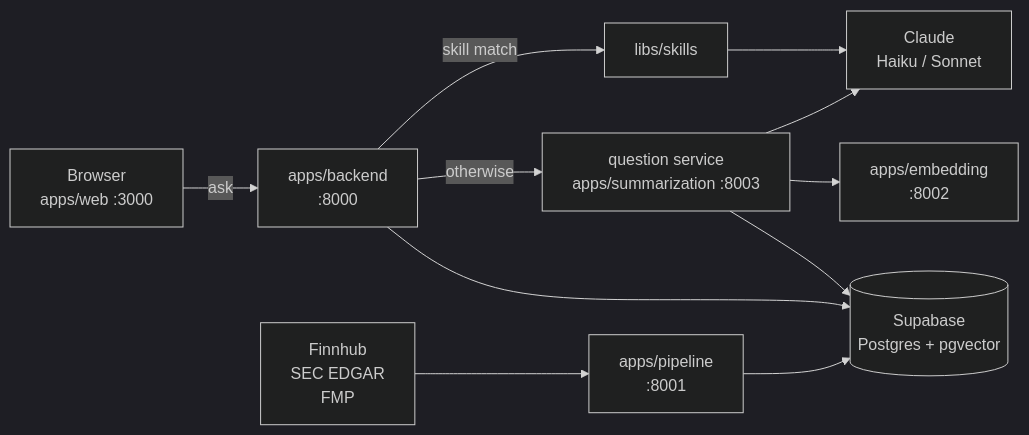
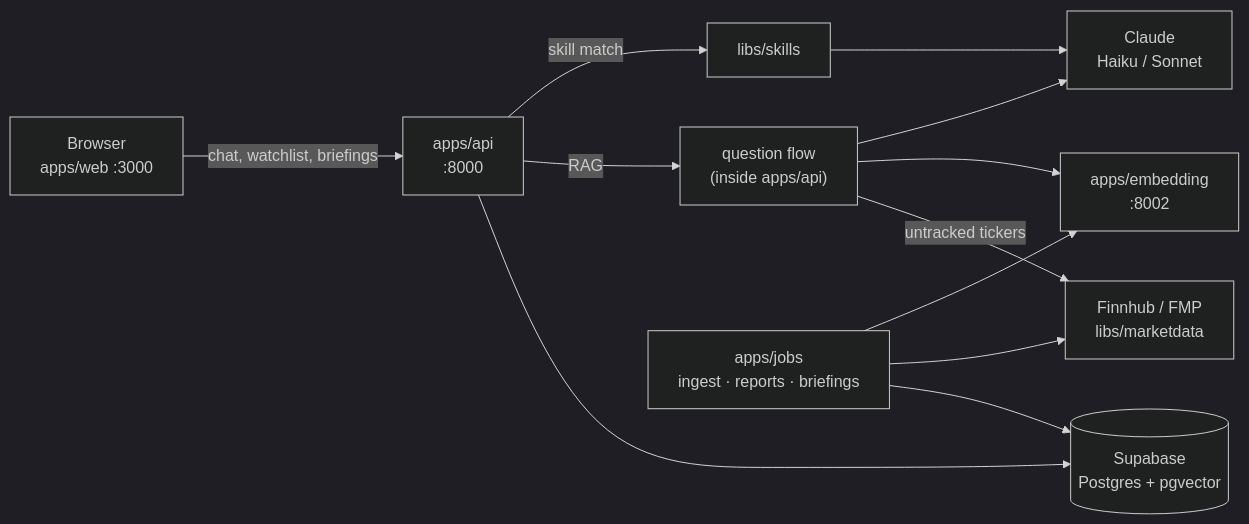
Before and after one commit to ZeroNoise2026/ZeroNoise: the diagram in README.md, drawn with Mermaid (dark theme). The commit also changed other lines of this file and 57 other files, not shown here.

First line of the commit message:
Collect every batch job into apps/jobs

````diff
--- a/README.md
+++ b/README.md
@@ -25,12 +25,14 @@
 ```mermaid
 flowchart LR
-  U["Browser<br/>apps/web :3000"] -->|"ask"| B["apps/backend<br/>:8000"]
-  B -->|"skill match"| S["libs/skills"]
-  B -->|"otherwise"| Q["question service<br/>apps/summarization :8003"]
+  U["Browser<br/>apps/web :3000"] -->|"chat, watchlist, briefings"| A["apps/api<br/>:8000"]
+  A -->|"skill match"| S["libs/skills"]
+  A -->|"RAG"| Q["question flow<br/>(inside apps/api)"]
   S --> L["Claude<br/>Haiku / Sonnet"]
   Q --> L
   Q --> E["apps/embedding<br/>:8002"]
-  Q --> DB[("Supabase<br/>Postgres + pgvector")]
-  B --> DB
-  V["Finnhub<br/>SEC EDGAR<br/>FMP"] --> P["apps/pipeline<br/>:8001"] --> DB
+  Q -->|"untracked tickers"| M["Finnhub / FMP<br/>libs/marketdata"]
+  A --> DB[("Supabase<br/>Postgres + pgvector")]
+  J["apps/jobs<br/>ingest · reports · briefings"] --> E
+  J --> M
+  J --> DB
 ```
````
